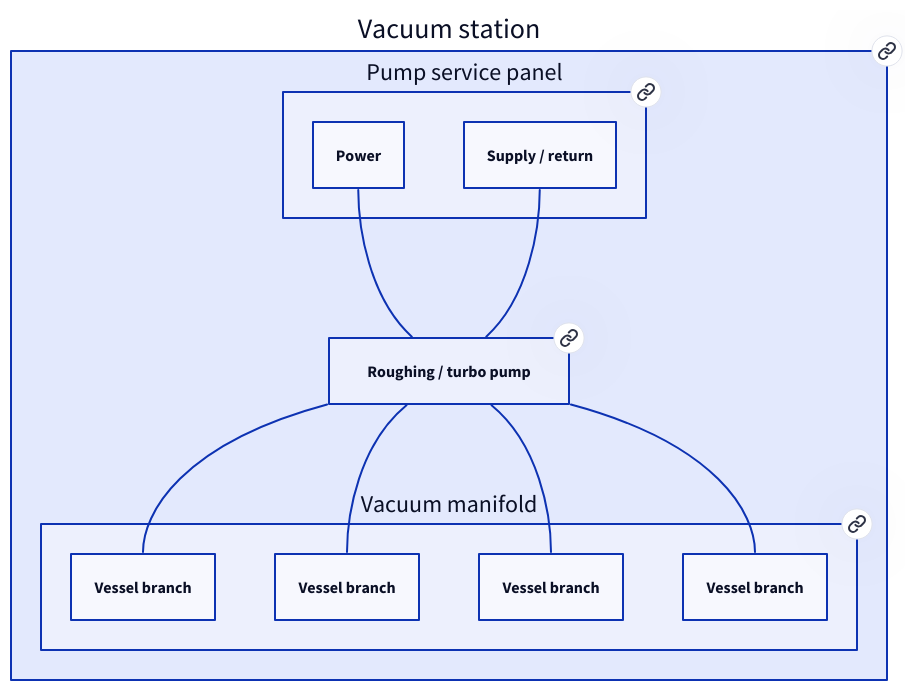
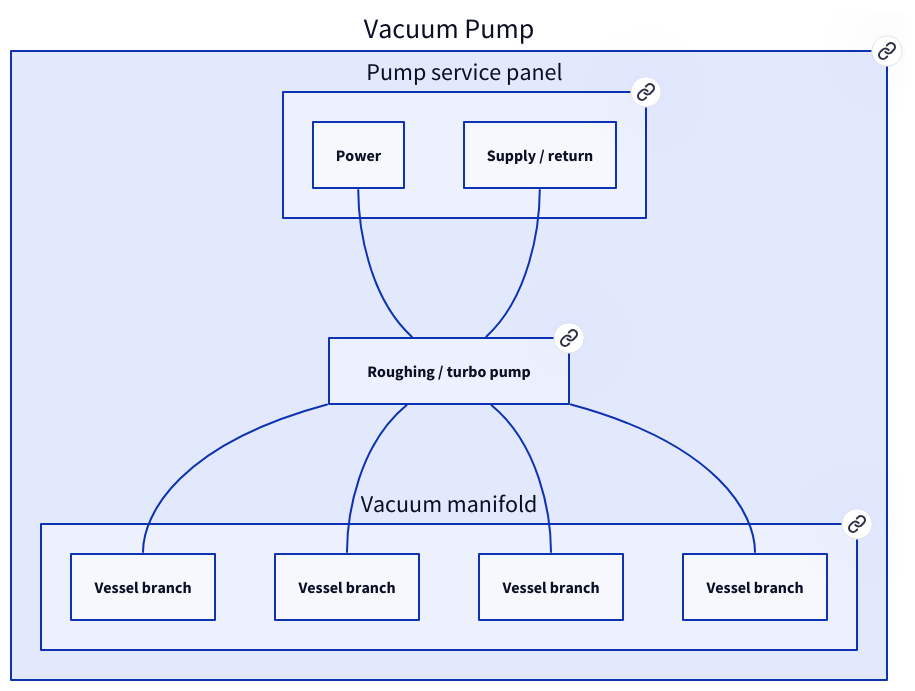
Before and after one commit to baileyji/zshooter_d2: the diagram in model/vacuum.d2, drawn with D2. The commit also changed 23 other files, not shown here.

```diff
--- a/model/vacuum.d2
+++ b/model/vacuum.d2
@@ -1,28 +1,28 @@
 vacuum: {
-  label: "Vacuum station"
+  label: "Vacuum Pump"
   class: module
   link: "../../controls/harnesses/vacuum.html"
   facility_panel: {
     label: "Pump service panel"
     class: panel
     link: "../../controls/harnesses/vacuum.html"
     AC: "Power"
     GLYCOL: "Supply / return"
   }
   pump: {label: "Roughing / turbo pump"; class: device; link: "../../controls/harnesses/vacuum.html"}
   manifold: {
     label: "Vacuum manifold"
     class: panel
     link: "../../controls/harnesses/vacuum.html"
     B: "Vessel branch"
     G: "Vessel branch"
     R: "Vessel branch"
     NIR: "Vessel branch"
   }
   facility_panel.AC -- pump: {class: power}
   facility_panel.GLYCOL -- pump: {class: glycol}
   pump -- manifold.B: {class: vacuum}
   pump -- manifold.G: {class: vacuum}
   pump -- manifold.R: {class: vacuum}
   pump -- manifold.NIR: {class: vacuum}
 }
```
